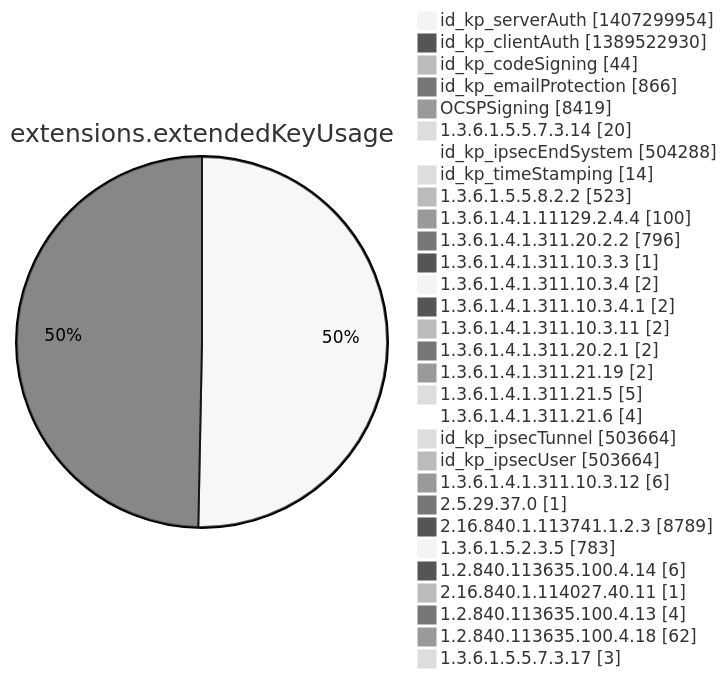
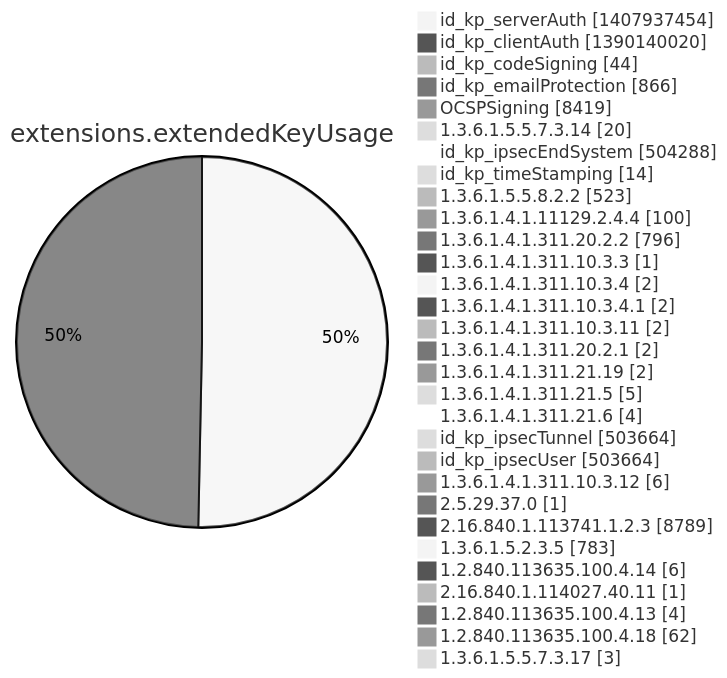
One commit to christiankrug/ctmonitor_visualization changed diagram 12 of 15 in argon2022/README.md. Above: the diagram before and after it, drawn with Mermaid (neutral theme). The commit also changed other lines of this file, not shown here.

````diff
--- a/argon2022/README.md
+++ b/argon2022/README.md
@@ -3554,34 +3554,34 @@
 ```mermaid
 pie showData
 title extensions.extendedKeyUsage
-"id_kp_serverAuth" :1407299954
-"id_kp_clientAuth" :1389522930
+"id_kp_serverAuth" :1407937454
+"id_kp_clientAuth" :1390140020
 "id_kp_codeSigning" :44
 "id_kp_emailProtection" :866
 "OCSPSigning" :8419
 "1.3.6.1.5.5.7.3.14" :20
 "id_kp_ipsecEndSystem" :504288
 "id_kp_timeStamping" :14
 "1.3.6.1.5.5.8.2.2" :523
 "1.3.6.1.4.1.11129.2.4.4" :100
 "1.3.6.1.4.1.311.20.2.2" :796
 "1.3.6.1.4.1.311.10.3.3" :1
 "1.3.6.1.4.1.311.10.3.4" :2
 "1.3.6.1.4.1.311.10.3.4.1" :2
 "1.3.6.1.4.1.311.10.3.11" :2
 "1.3.6.1.4.1.311.20.2.1" :2
 "1.3.6.1.4.1.311.21.19" :2
 "1.3.6.1.4.1.311.21.5" :5
 "1.3.6.1.4.1.311.21.6" :4
 "id_kp_ipsecTunnel" :503664
 "id_kp_ipsecUser" :503664
 "1.3.6.1.4.1.311.10.3.12" :6
 "2.5.29.37.0" :1
 "2.16.840.1.113741.1.2.3" :8789
 "1.3.6.1.5.2.3.5" :783
 "1.2.840.113635.100.4.14" :6
 "2.16.840.1.114027.40.11" :1
 "1.2.840.113635.100.4.13" :4
 "1.2.840.113635.100.4.18" :62
 "1.3.6.1.5.5.7.3.17" :3
 ```
````
